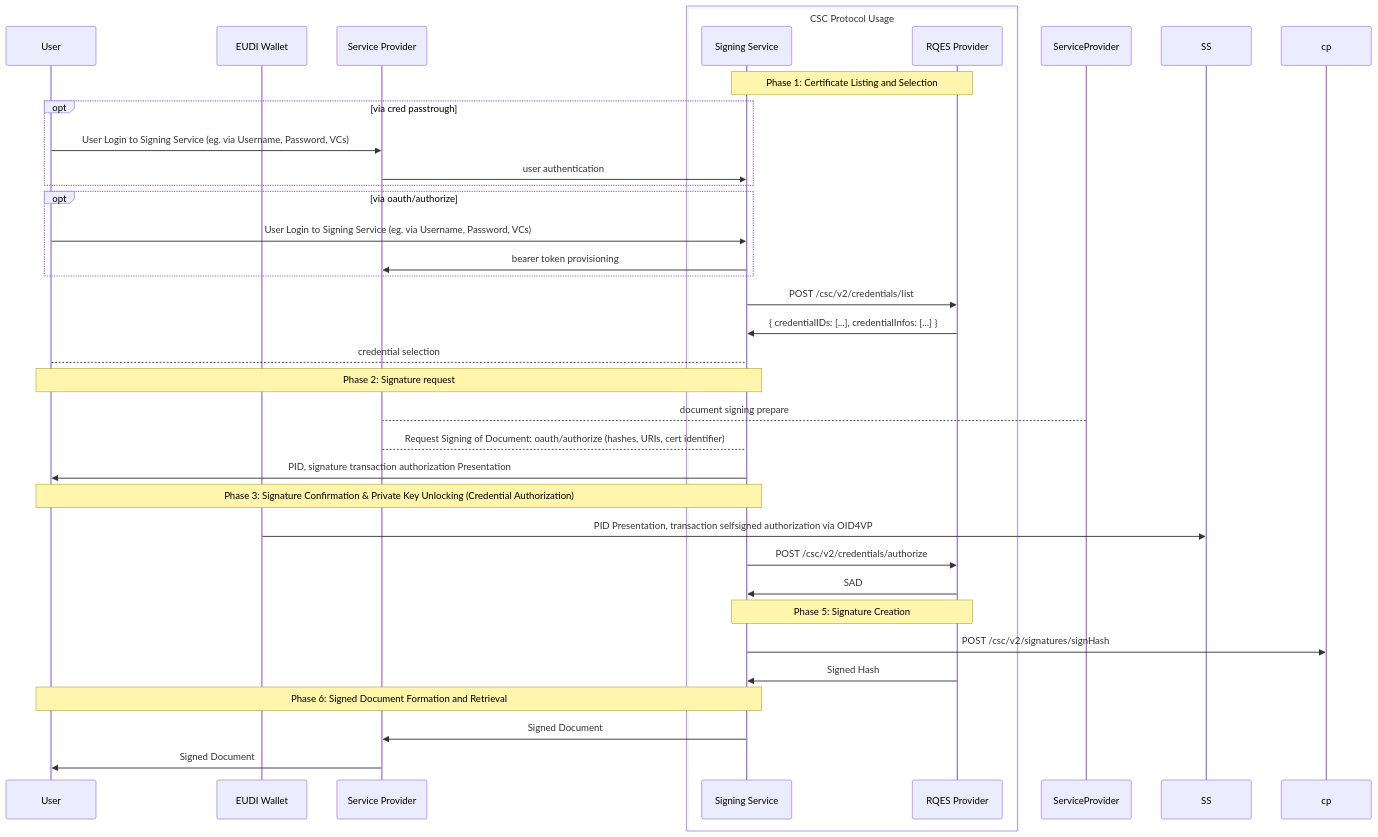
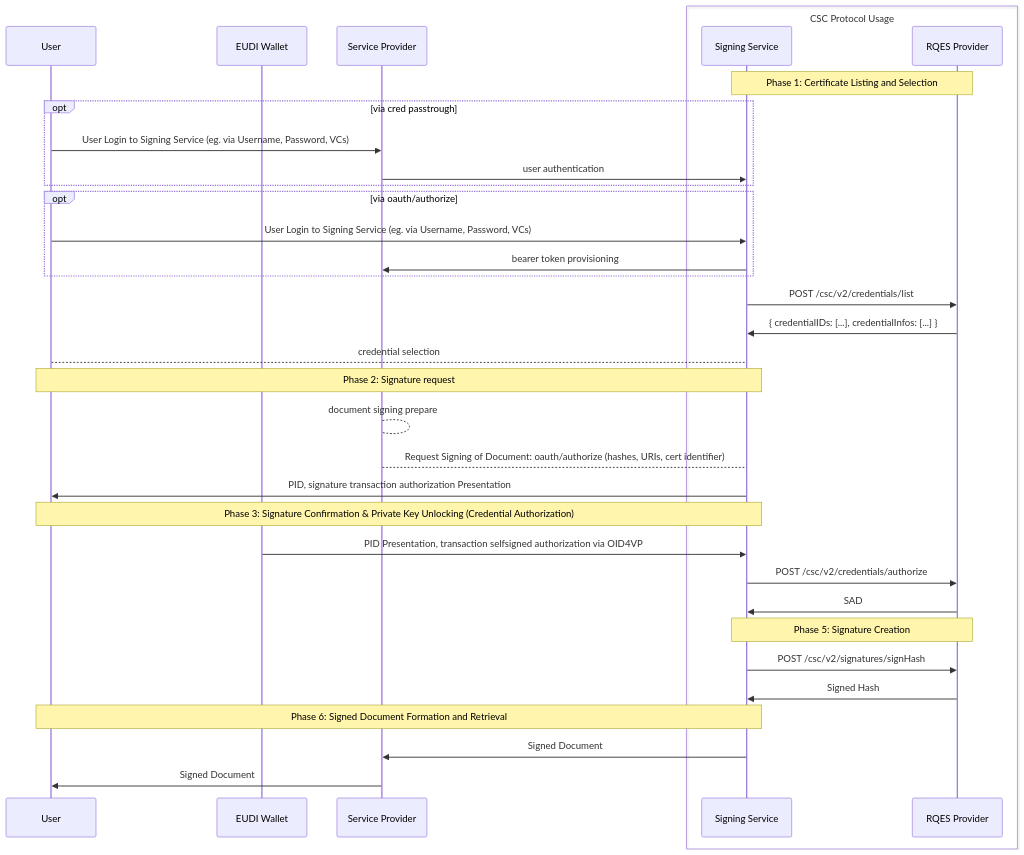
The diagram in leone/sign prop.md (EWC-consortium/eudi-wallet-rfcs), drawn with Mermaid before and after one commit.

````diff
--- a/leone/sign prop.md
+++ b/leone/sign prop.md
@@ -1,49 +1,49 @@
 ```mermaid
    sequenceDiagram
     participant User
     participant EUDI Wallet
     participant Service Provider
     box CSC Protocol Usage
     participant Signing Service 
     participant RQES Provider
     end
 
     Note over Signing Service, RQES Provider: Phase 1: Certificate Listing and Selection
 
     opt via cred passtrough
     User->>Service Provider: User Login to Signing Service (eg. via Username, Password, VCs)
     Service Provider->>Signing Service: user authentication 
     end 
     
     opt via oauth/authorize
     User->>Signing Service: User Login to Signing Service (eg. via Username, Password, VCs)
     Signing Service->>Service Provider: bearer token provisioning
     end 
     
     Signing Service->>RQES Provider: POST /csc/v2/credentials/list
     RQES Provider->>Signing Service: { credentialIDs: [...], credentialInfos: [...] }
     User-->Signing Service: credential selection
 
     Note over User, Signing Service: Phase 2: Signature request
-    ServiceProvider-->Service Provider: document signing prepare
+    Service Provider-->Service Provider: document signing prepare
     Service Provider-->Signing Service: Request Signing of Document: oauth/authorize (hashes, URIs, cert identifier)
     Signing Service->>User: PID, signature transaction authorization Presentation
     
     Note over User, Signing Service: Phase 3: Signature Confirmation & Private Key Unlocking (Credential Authorization)
-    EUDI Wallet->>SS: PID Presentation, transaction selfsigned authorization via OID4VP
+    EUDI Wallet->>Signing Service: PID Presentation, transaction selfsigned authorization via OID4VP
     
     
     
     
     
     Signing Service->>RQES Provider: POST /csc/v2/credentials/authorize
     RQES Provider->>Signing Service: SAD
     
     Note over Signing Service, RQES Provider: Phase 5: Signature Creation
-    Signing Service->>cp: POST /csc/v2/signatures/signHash
+    Signing Service->>RQES Provider: POST /csc/v2/signatures/signHash
     RQES Provider->>Signing Service: Signed Hash
 
     Note over User, Signing Service: Phase 6: Signed Document Formation and Retrieval
     Signing Service->>Service Provider: Signed Document
     Service Provider->>User: Signed Document
 ```
````
